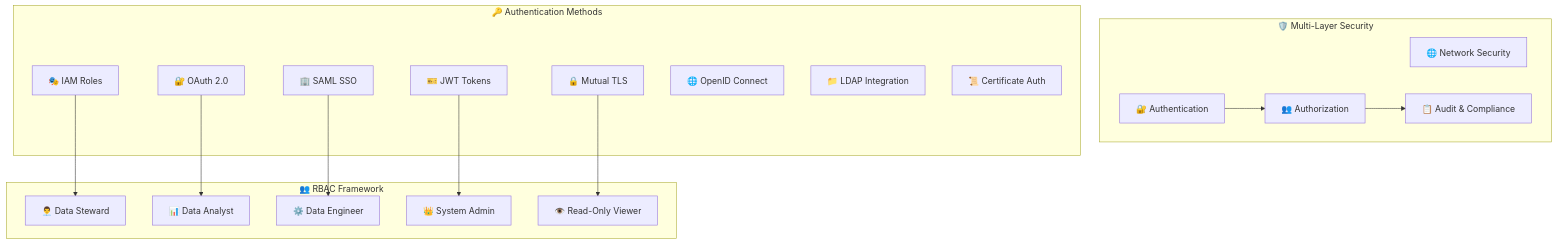
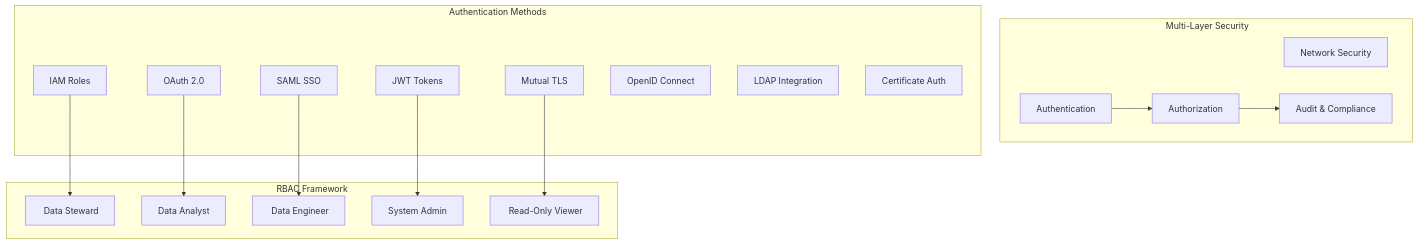
Before and after one commit to Monsau/S3connectorplaybook: the eighth of 12 diagrams in README.md, drawn with Mermaid. The commit also changed other lines of this file and 4 other files, not shown here.

````diff
--- a/README.md
+++ b/README.md
@@ -537,37 +537,37 @@
 ```mermaid
 graph TB
-    subgraph "🛡️ Multi-Layer Security"
-        Network[🌐 Network Security]
-        Auth[🔐 Authentication]
-        AuthZ[👥 Authorization]
-        Audit[📋 Audit & Compliance]
+    subgraph "️ Multi-Layer Security"
+        Network[ Network Security]
+        Auth[ Authentication]
+        AuthZ[ Authorization]
+        Audit[ Audit & Compliance]
     end
     
-    subgraph "🔑 Authentication Methods"
-        IAM[🎭 IAM Roles]
-        OAuth[🔐 OAuth 2.0]
-        SAML[🏢 SAML SSO]
-        JWT[🎫 JWT Tokens]
-        mTLS[🔒 Mutual TLS]
-        OIDC[🌐 OpenID Connect]
-        LDAP[📁 LDAP Integration]
-        Certificate[📜 Certificate Auth]
+    subgraph " Authentication Methods"
+        IAM[ IAM Roles]
+        OAuth[ OAuth 2.0]
+        SAML[ SAML SSO]
+        JWT[ JWT Tokens]
+        mTLS[ Mutual TLS]
+        OIDC[ OpenID Connect]
+        LDAP[ LDAP Integration]
+        Certificate[ Certificate Auth]
     end
     
-    subgraph "👥 RBAC Framework"
-        DataSteward[👨‍💼 Data Steward]
-        DataAnalyst[📊 Data Analyst]
-        DataEngineer[⚙️ Data Engineer]
-        Admin[👑 System Admin]
-        Viewer[👁️ Read-Only Viewer]
+    subgraph " RBAC Framework"
+        DataSteward[‍ Data Steward]
+        DataAnalyst[ Data Analyst]
+        DataEngineer[️ Data Engineer]
+        Admin[ System Admin]
+        Viewer[️ Read-Only Viewer]
     end
     
     Auth --> AuthZ
     AuthZ --> Audit
     
     IAM --> DataSteward
     OAuth --> DataAnalyst
     SAML --> DataEngineer
     JWT --> Admin
     mTLS --> Viewer
 ```
````
